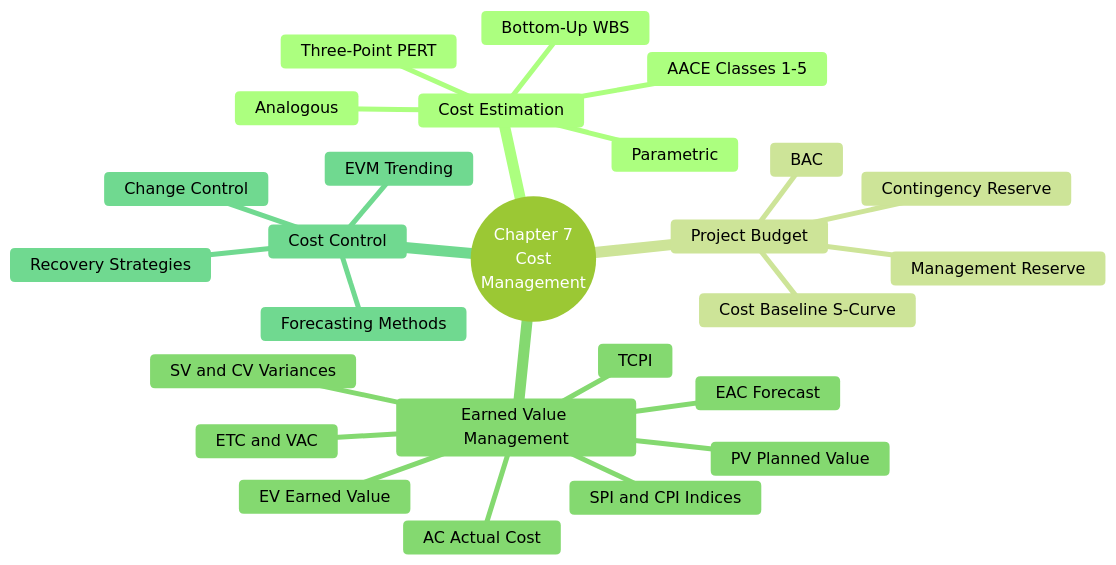
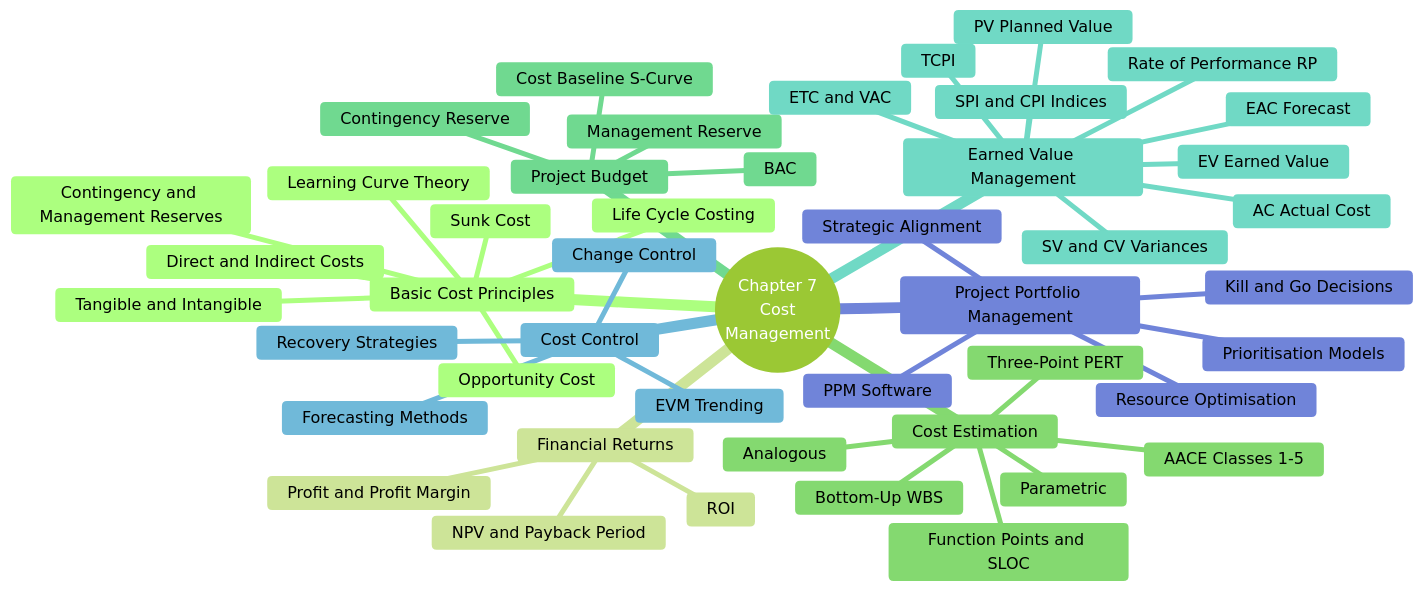
The sixth of 6 diagrams in chapters/07-cost.qmd (HusseinYounis/pm), drawn with Mermaid (forest theme) before and after one commit. The commit also changed other lines of this file and 17 other files, not shown here.

````diff
--- a/chapters/07-cost.qmd
+++ b/chapters/07-cost.qmd
@@ -561,30 +1452,50 @@
 ```{mermaid}
 %%| fig-cap: "Chapter 7 — Key concepts summary"
 mindmap
   root((Chapter 7<br/>Cost<br/>Management))
+    Basic Cost Principles
+      Direct and Indirect Costs
+      Tangible and Intangible
+      Sunk Cost
+      Opportunity Cost
+      Life Cycle Costing
+      Learning Curve Theory
+      Contingency and Management Reserves
+    Financial Returns
+      Profit and Profit Margin
+      ROI
+      NPV and Payback Period
     Cost Estimation
       Analogous
       Parametric
       Bottom-Up WBS
       Three-Point PERT
       AACE Classes 1-5
+      Function Points and SLOC
     Project Budget
       Cost Baseline S-Curve
       BAC
       Contingency Reserve
       Management Reserve
     Earned Value Management
       PV Planned Value
       EV Earned Value
       AC Actual Cost
+      Rate of Performance RP
       SV and CV Variances
       SPI and CPI Indices
       EAC Forecast
       ETC and VAC
       TCPI
     Cost Control
       EVM Trending
       Change Control
       Recovery Strategies
       Forecasting Methods
+    Project Portfolio Management
+      Strategic Alignment
+      Resource Optimisation
+      Prioritisation Models
+      Kill and Go Decisions
+      PPM Software
 ```
````
